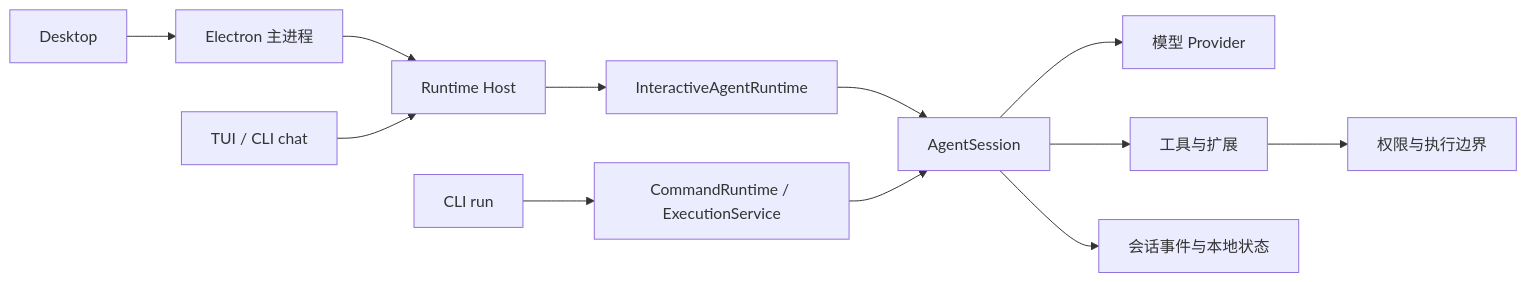
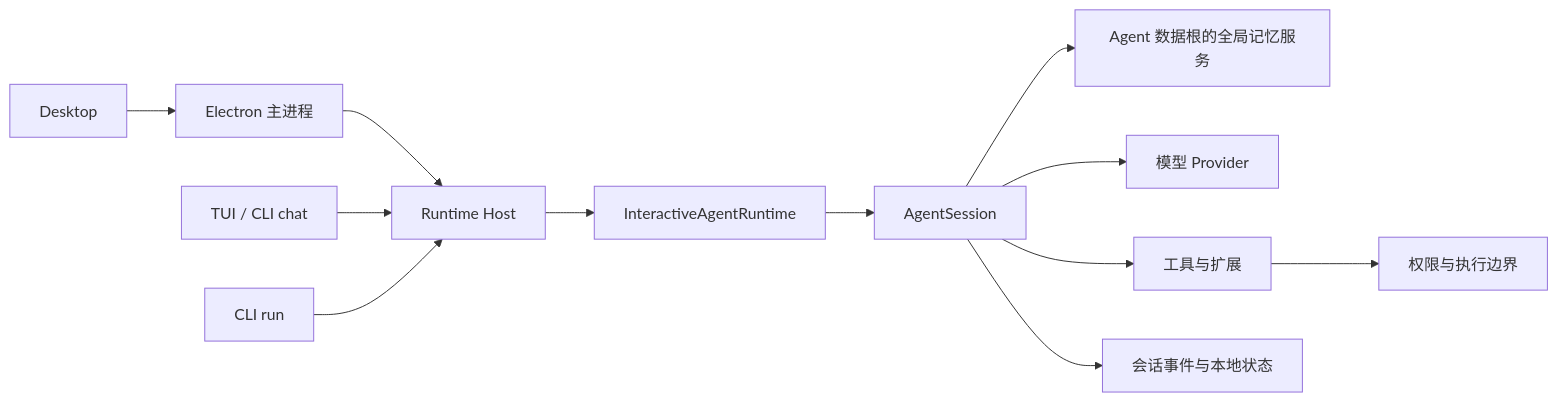
Before and after one commit to binyouo/Biny-Agent: the diagram in docs/ARCHITECTURE.md, drawn with Mermaid. The commit also changed other lines of this file and 352 other files, not shown here.

Commit message:
refactor(runtime): centralize host execution and agent memory ownership

````diff
--- a/docs/ARCHITECTURE.md
+++ b/docs/ARCHITECTURE.md
@@ -7,14 +7,14 @@
 ```mermaid
 flowchart LR
     Desktop[Desktop] --> IPC[Electron 主进程]
     IPC --> Host[Runtime Host]
     Terminal[TUI / CLI chat] --> Host
     Host --> Runtime[InteractiveAgentRuntime]
     Runtime --> Session[AgentSession]
-    Run[CLI run] --> Execution[CommandRuntime / ExecutionService]
-    Execution --> Session
+    Run[CLI run] --> Host
+    Session --> Memory[Agent 数据根的全局记忆服务]
     Session --> Provider[模型 Provider]
     Session --> Tools[工具与扩展]
     Session --> State[会话事件与本地状态]
     Tools --> Policy[权限与执行边界]
 ```
````
